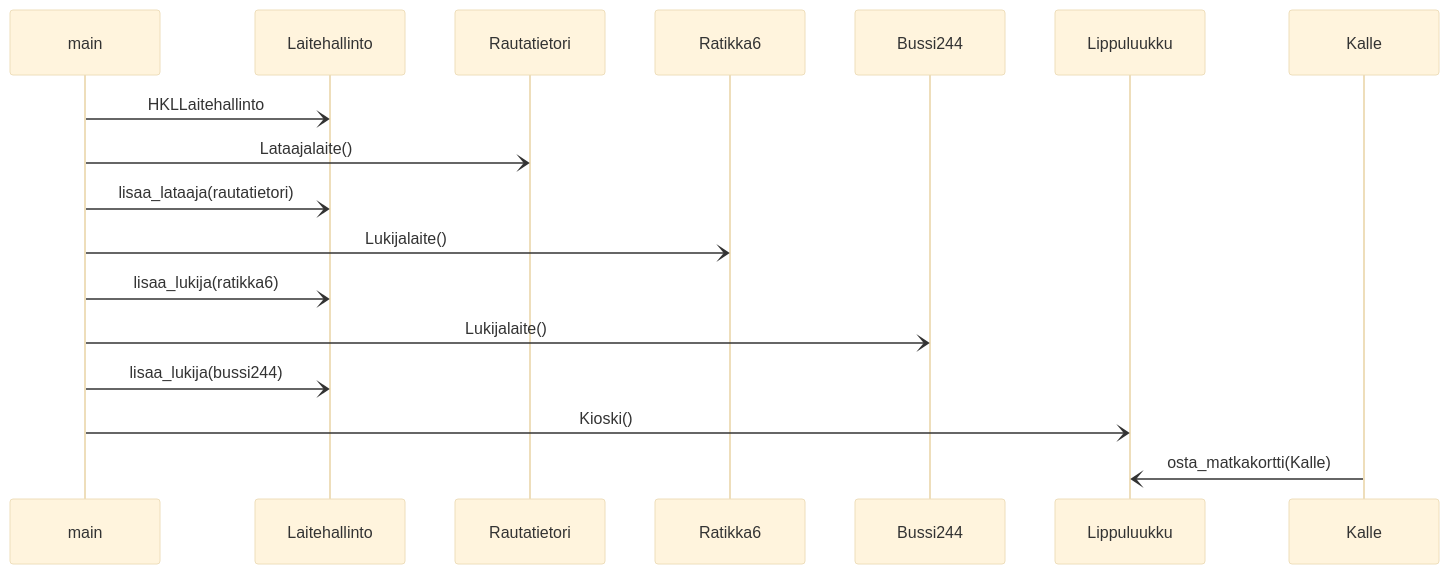
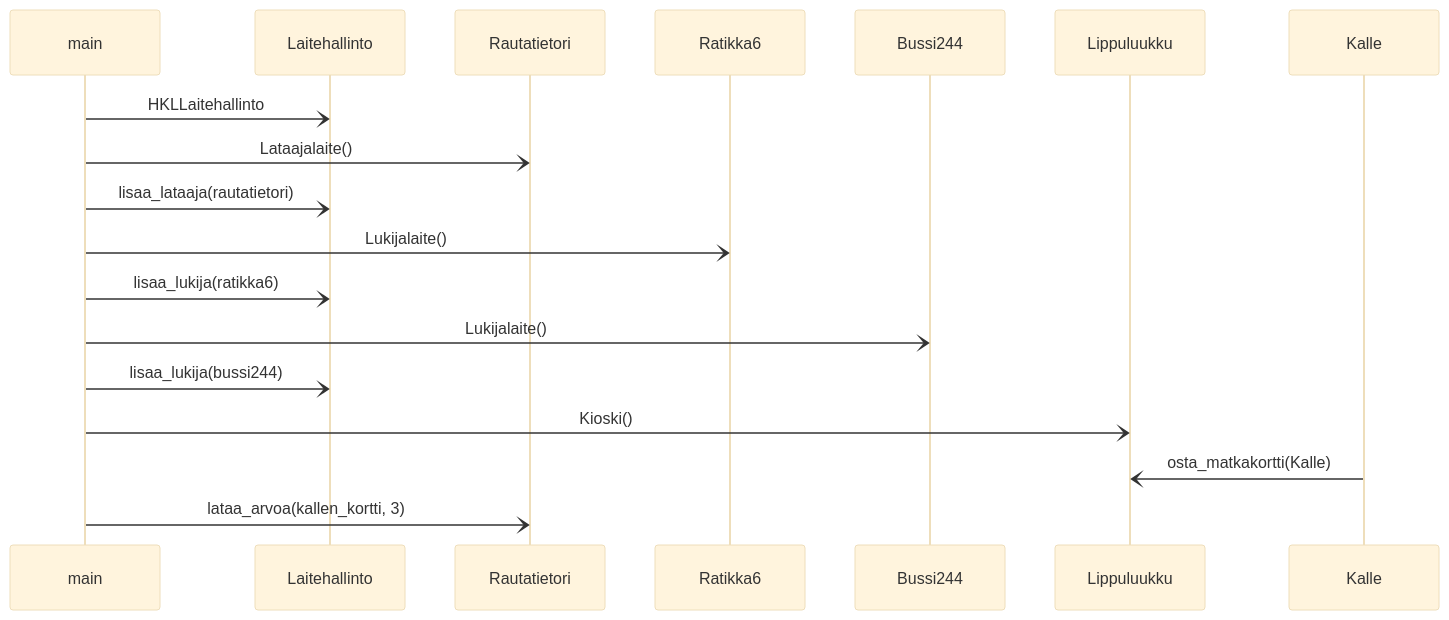
The diagram in laskarit/viikko3/hsl_kortti.md (ellenra/jumping_game), drawn with Mermaid (base theme) before and after one commit.

````diff
--- a/laskarit/viikko3/hsl_kortti.md
+++ b/laskarit/viikko3/hsl_kortti.md
@@ -1,13 +1,14 @@
 ```mermaid
 sequenceDiagram
   main-)Laitehallinto: HKLLaitehallinto
   main-)Rautatietori: Lataajalaite()
   main-)Laitehallinto: lisaa_lataaja(rautatietori)
   main-)Ratikka6: Lukijalaite()
   main-)Laitehallinto: lisaa_lukija(ratikka6)
   main-)Bussi244: Lukijalaite()
   main-)Laitehallinto: lisaa_lukija(bussi244)
   main-)Lippuluukku: Kioski()
   Kalle-)Lippuluukku: osta_matkakortti(Kalle)
+  main-)Rautatietori: lataa_arvoa(kallen_kortti, 3)
   
 ```
````
